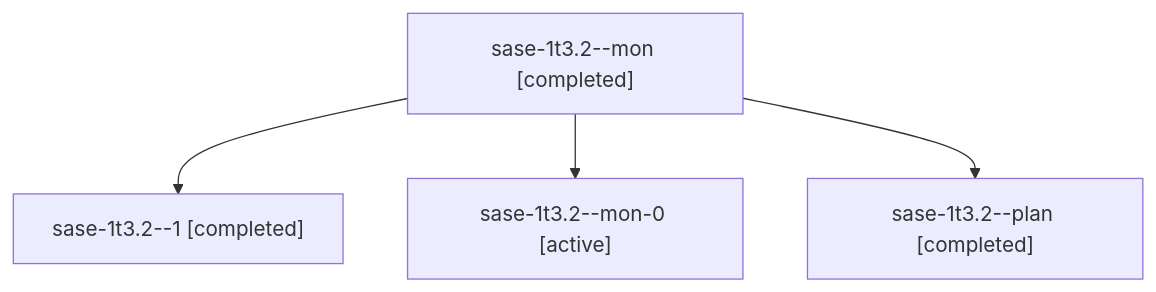
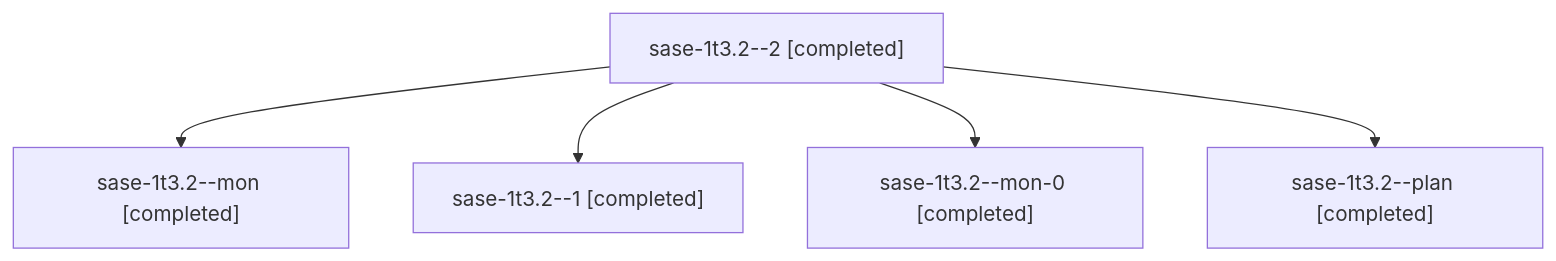
Before and after one commit to sase-org/sase--agents: the diagram in sessions/bbugyi200.athena.sase-1t3.2.md, drawn with Mermaid. The commit also changed other lines of this file and 62 other files, not shown here.

````diff
--- a/sessions/bbugyi200.athena.sase-1t3.2.md
+++ b/sessions/bbugyi200.athena.sase-1t3.2.md
@@ -9,10 +9,12 @@
 ```mermaid
 flowchart TD
-  n0["sase-1t3.2--mon [completed]"]
-  n1["sase-1t3.2--1 [completed]"]
+  n0["sase-1t3.2--2 [completed]"]
+  n1["sase-1t3.2--mon [completed]"]
   n0 --> n1
-  n2["sase-1t3.2--mon-0 [active]"]
+  n2["sase-1t3.2--1 [completed]"]
   n0 --> n2
-  n3["sase-1t3.2--plan [completed]"]
+  n3["sase-1t3.2--mon-0 [completed]"]
   n0 --> n3
+  n4["sase-1t3.2--plan [completed]"]
+  n0 --> n4
 ```
````
